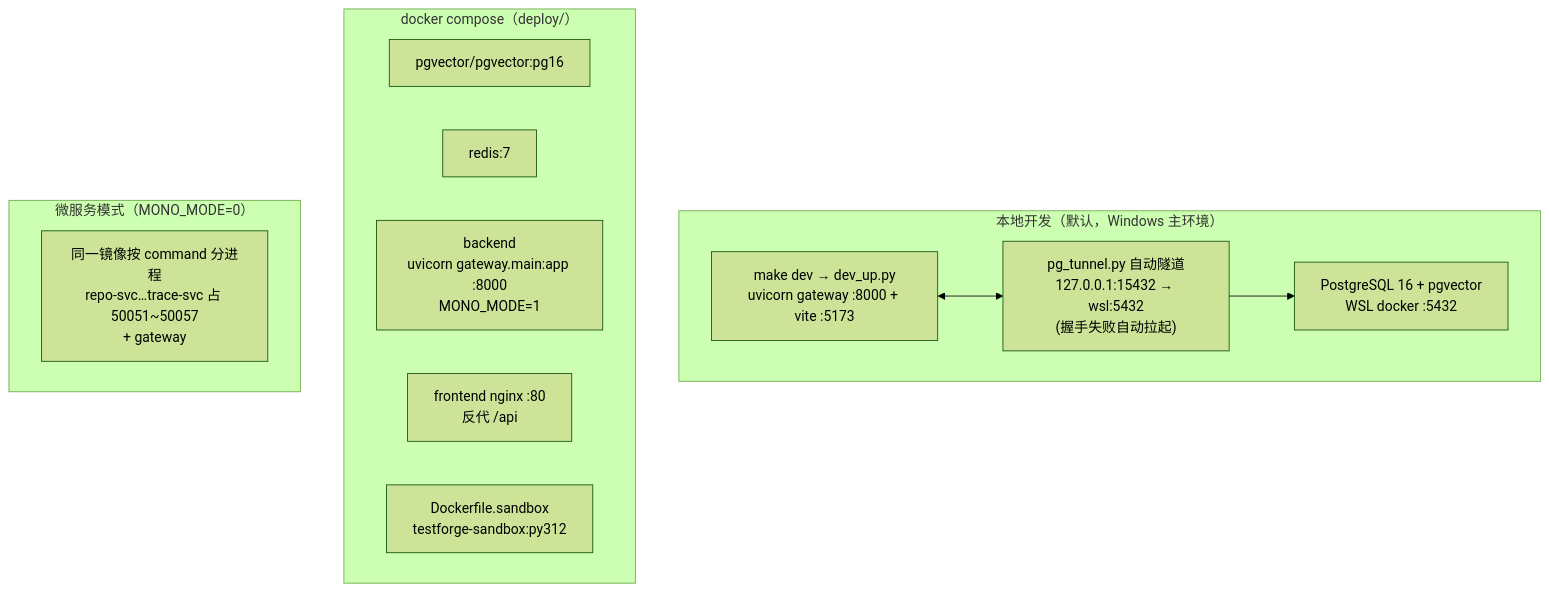
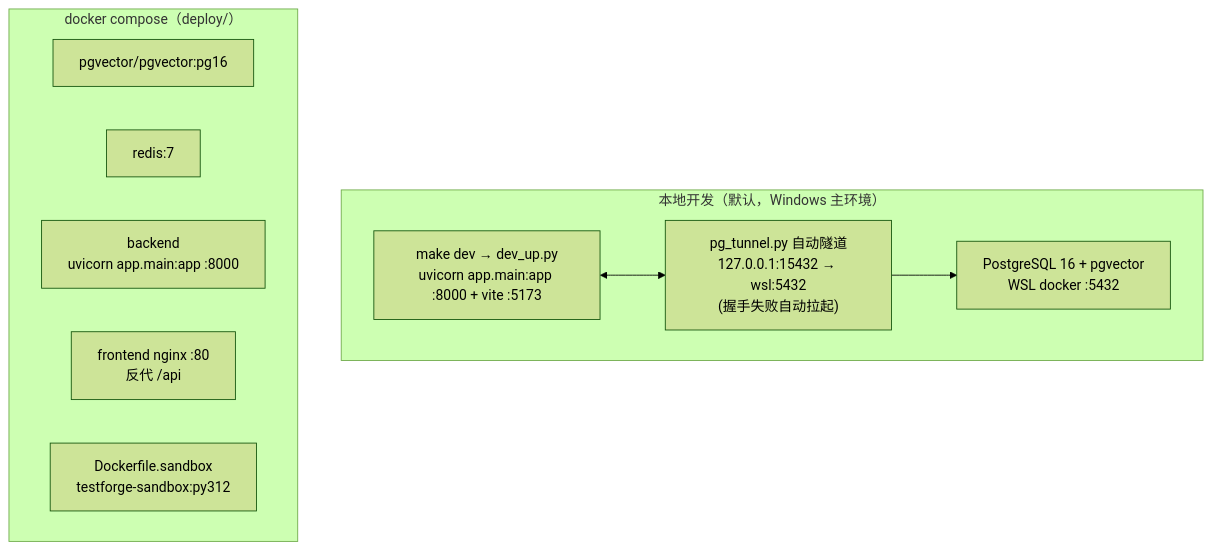
The eighth of 8 diagrams in docs/TestForge-架构设计.md (ChuDiRen/TestForge), drawn with Mermaid (forest theme) before and after one commit. The commit also changed other lines of this file and 395 other files, not shown here.

````diff
--- a/docs/TestForge-架构设计.md
+++ b/docs/TestForge-架构设计.md
@@ -260,21 +260,17 @@
 ```mermaid
 flowchart TB
     subgraph local["本地开发（默认，Windows 主环境）"]
-        DEV["make dev → dev_up.py<br/>uvicorn gateway :8000 + vite :5173"]
+        DEV["make dev → dev_up.py<br/>uvicorn app.main:app :8000 + vite :5173"]
         WSL["PostgreSQL 16 + pgvector<br/>WSL docker :5432"]
         TUN["pg_tunnel.py 自动隧道<br/>127.0.0.1:15432 → wsl:5432<br/>(握手失败自动拉起)"]
         DEV <--> TUN --> WSL
     end
 
     subgraph compose["docker compose（deploy/）"]
         PG2["pgvector/pgvector:pg16"]
         RD["redis:7"]
-        BE["backend<br/>uvicorn gateway.main:app :8000<br/>MONO_MODE=1"]
+        BE["backend<br/>uvicorn app.main:app :8000"]
         FEN["frontend nginx :80<br/>反代 /api"]
         SBXI["Dockerfile.sandbox<br/>testforge-sandbox:py312"]
     end
-
-    subgraph micro["微服务模式（MONO_MODE=0）"]
-        M["同一镜像按 command 分进程<br/>repo-svc…trace-svc 占 50051~50057<br/>+ gateway"]
-    end
 ```
````
